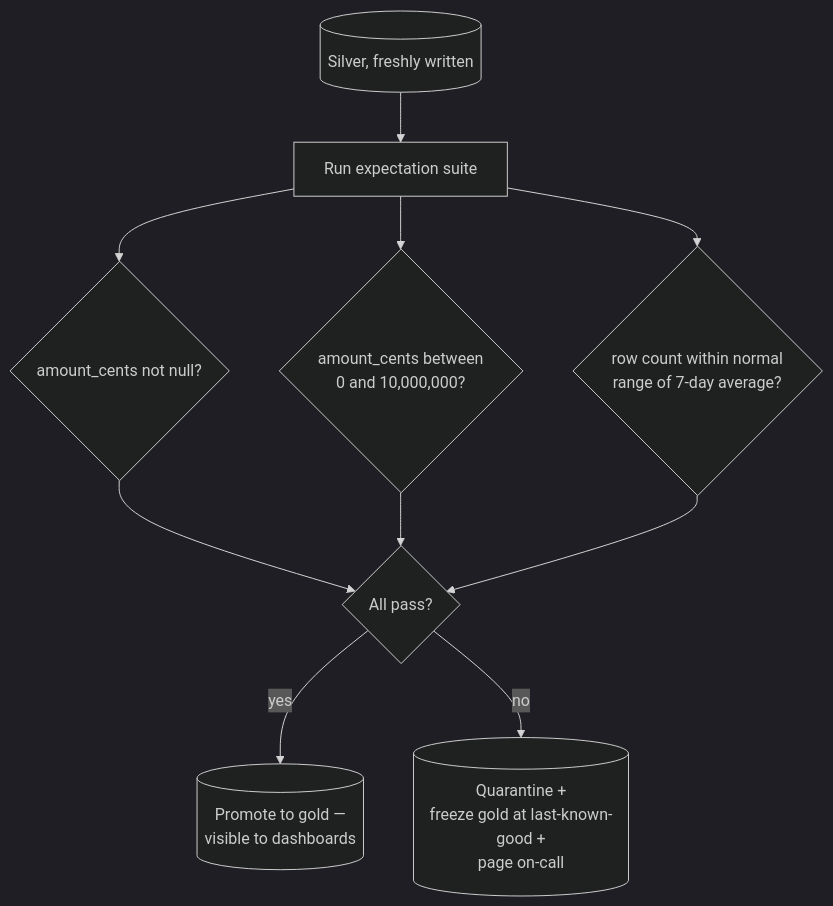
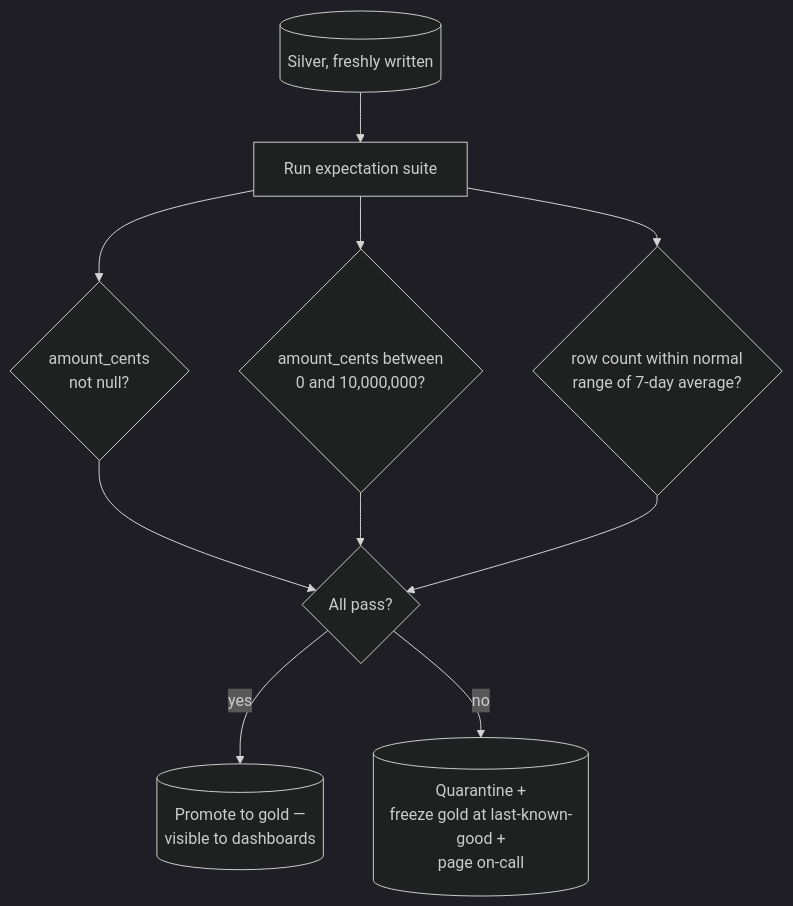
One commit to riyaz-pasha/Learnings changed diagram 12 of 17 in system-design/HLD/0-course/43-Design-a-Data-Infrastructure-System-FAANG-Guide-story.md. Above: the diagram before and after it, drawn with Mermaid (dark theme). The commit also changed other lines of this file and 1 other file, not shown here.

Commit message:
[REWRITE] Data Infrastructure System story guide: simplify prose, add structure, fix diagrams

````diff
--- a/system-design/HLD/0-course/43-Design-a-Data-Infrastructure-System-FAANG-Guide-story.md
+++ b/system-design/HLD/0-course/43-Design-a-Data-Infrastructure-System-FAANG-Guide-story.md
@@ -339,12 +663,12 @@
 ```mermaid
 flowchart TD
     SILVER[("Silver, freshly written")] --> SUITE["Run expectation suite"]
-    SUITE --> C1{"amount_cents not null?"}
-    SUITE --> C2{"amount_cents between\n0 and 10,000,000?"}
-    SUITE --> C3{"row count within normal\nrange of 7-day average?"}
+    SUITE --> C1{"amount_cents<br/>not null?"}
+    SUITE --> C2{"amount_cents between<br/>0 and 10,000,000?"}
+    SUITE --> C3{"row count within normal<br/>range of 7-day average?"}
     C1 --> GATE{"All pass?"}
     C2 --> GATE
     C3 --> GATE
-    GATE -->|"yes"| GOLD[("Promote to gold —\nvisible to dashboards")]
-    GATE -->|"no"| QUAR[("Quarantine +\nfreeze gold at last-known-good +\npage on-call")]
+    GATE -->|"yes"| GOLD[("Promote to gold —<br/>visible to dashboards")]
+    GATE -->|"no"| QUAR[("Quarantine +<br/>freeze gold at last-known-good +<br/>page on-call")]
 ```
````
